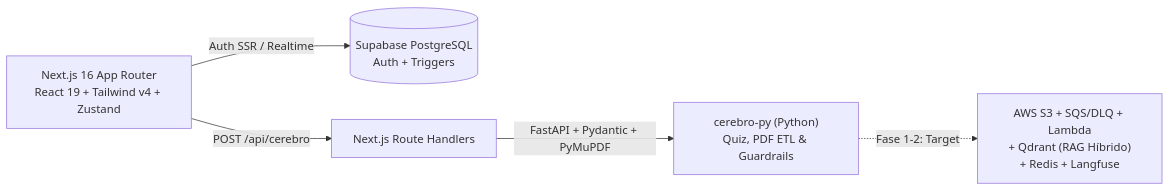
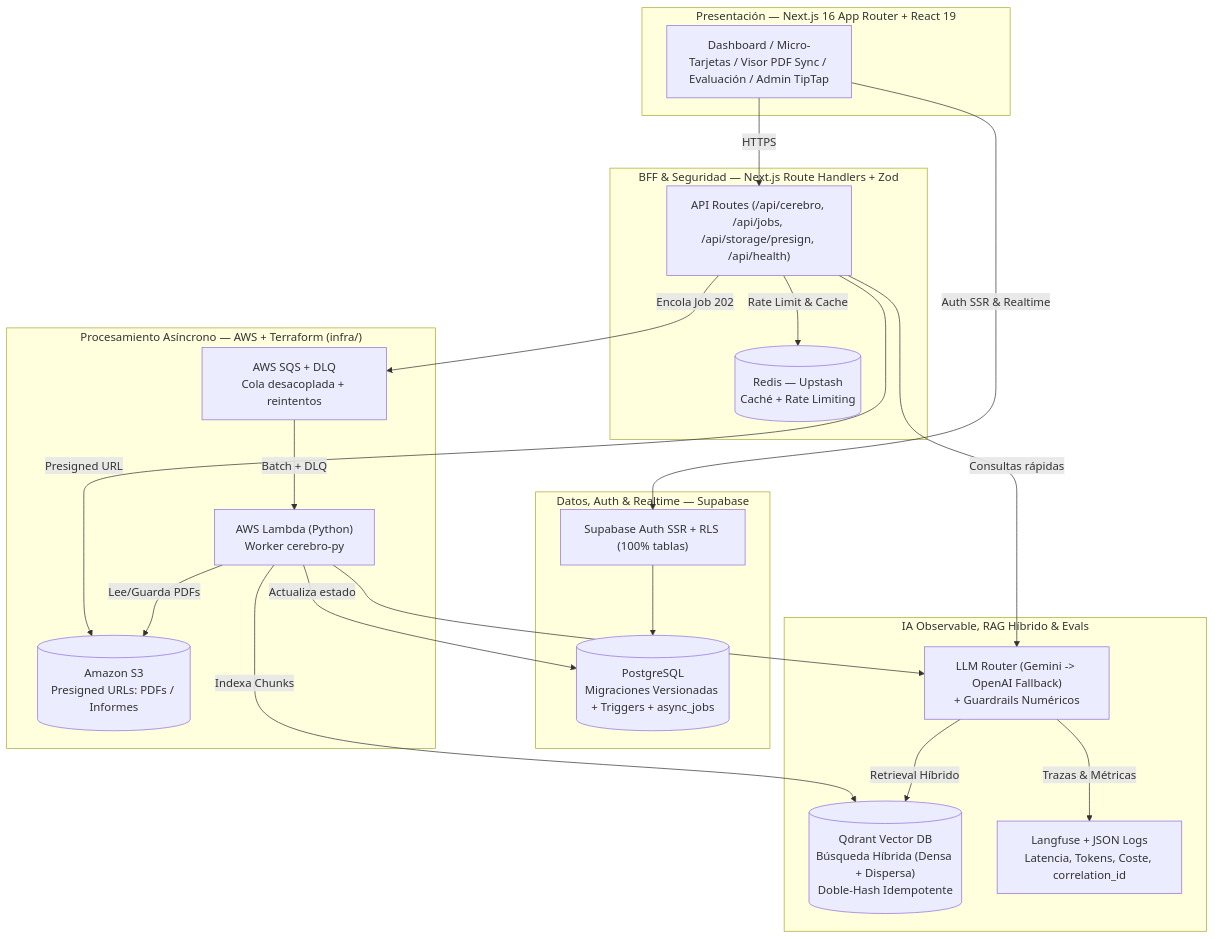
One commit to KIWIONER/lmsalquimia changed the diagram in README.md. Above: the diagram before and after it, drawn with Mermaid. The commit also changed other lines of this file and 18 other files, not shown here.

Commit message:
docs(fase-4): cierre CTO-ready, ADRs, reorganizacion por fases y ajustes AWS/Terraform

````diff
--- a/README.md
+++ b/README.md
@@ -13,7 +27,43 @@
 ```mermaid
-flowchart LR
-    UI["Next.js 16 App Router\nReact 19 + Tailwind v4 + Zustand"] -->|Auth SSR / Realtime| SB[("Supabase PostgreSQL\nAuth + Triggers")]
-    UI -->|POST /api/cerebro| API["Next.js Route Handlers"]
-    API -->|FastAPI + Pydantic + PyMuPDF| PY["cerebro-py (Python)\nQuiz, PDF ETL & Guardrails"]
-    PY -.->|Fase 1-2: Target| AWS["AWS S3 + SQS/DLQ + Lambda\n+ Qdrant (RAG Híbrido)\n+ Redis + Langfuse"]
+flowchart TB
+    subgraph Client ["Presentación — Next.js 16 App Router + React 19"]
+        UI["Dashboard / Micro-Tarjetas / Visor PDF Sync / Evaluación / Admin TipTap"]
+    end
+
+    subgraph EdgeBFF ["BFF & Seguridad — Next.js Route Handlers + Zod"]
+        API["API Routes (/api/cerebro, /api/jobs, /api/storage/presign, /api/health)"]
+        REDIS[("Redis — Upstash\nCaché + Rate Limiting")]
+    end
+
+    subgraph DataLayer ["Datos, Auth & Realtime — Supabase"]
+        AUTH["Supabase Auth SSR + RLS (100% tablas)"]
+        DB[("PostgreSQL\nMigraciones Versionadas + Triggers + async_jobs")]
+    end
+
+    subgraph AsyncAWS ["Procesamiento Asíncrono — AWS + Terraform (infra/)"]
+        S3[("Amazon S3\nPresigned URLs: PDFs / Informes")]
+        SQS["AWS SQS + DLQ\nCola desacoplada + reintentos"]
+        LAMBDA["AWS Lambda (Python)\nWorker cerebro-py"]
+    end
+
+    subgraph AIOps ["IA Observable, RAG Híbrido & Evals"]
+        QDRANT[("Qdrant Vector DB\nBúsqueda Híbrida (Densa + Dispersa)\nDoble-Hash Idempotente")]
+        ROUTER["LLM Router (Gemini -> OpenAI Fallback)\n+ Guardrails Numéricos"]
+        LANGFUSE["Langfuse + JSON Logs\nLatencia, Tokens, Coste, correlation_id"]
+    end
+
+    UI -->|HTTPS| API
+    UI -->|Auth SSR & Realtime| AUTH
+    AUTH --> DB
+    API -->|Rate Limit & Cache| REDIS
+    API -->|Presigned URL| S3
+    API -->|Encola Job 202| SQS
+    SQS -->|Batch + DLQ| LAMBDA
+    LAMBDA -->|Lee/Guarda PDFs| S3
+    LAMBDA -->|Indexa Chunks| QDRANT
+    LAMBDA -->|Actualiza estado| DB
+    LAMBDA --> ROUTER
+    API -->|Consultas rápidas| ROUTER
+    ROUTER -->|Retrieval Híbrido| QDRANT
+    ROUTER -->|Trazas & Métricas| LANGFUSE
 ```
````
